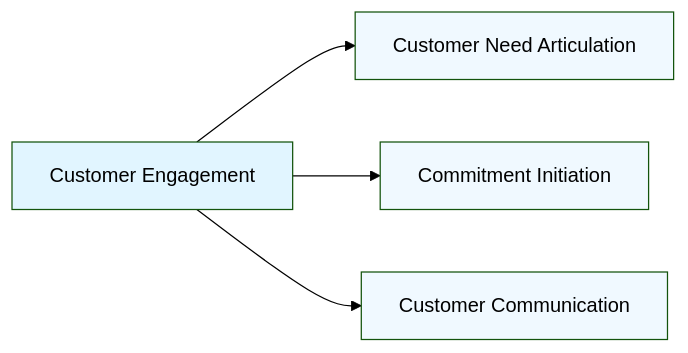
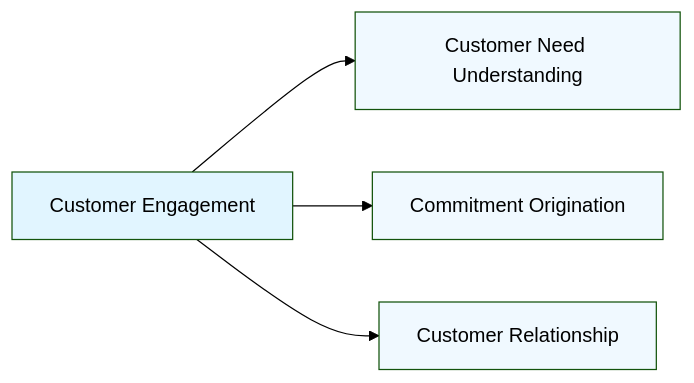
One commit to Evilazaro/Azure-LogicApps-Monitoring changed the third of 10 diagrams in docs/architecture/01-business-architecture.md. Above: the diagram before and after it, drawn with Mermaid (forest theme). The commit also changed other lines of this file, not shown here.

Commit message:
Refactor Business Architecture document: update terminology and enhance clarity in commitment management and fulfillment sections

````diff
--- a/docs/architecture/01-business-architecture.md
+++ b/docs/architecture/01-business-architecture.md
@@ -153,11 +153,11 @@
 ```mermaid
 graph LR
-    CE[Customer Engagement] --> CN[Customer Need Articulation]
-    CE --> CI[Commitment Initiation]
-    CE --> CC[Customer Communication]
+    CE[Customer Engagement] --> CN[Customer Need Understanding]
+    CE --> CI[Commitment Origination]
+    CE --> CC[Customer Relationship]
 
     style CE fill:#e1f5ff
     style CN fill:#f0f9ff
     style CI fill:#f0f9ff
     style CC fill:#f0f9ff
 ```
````
